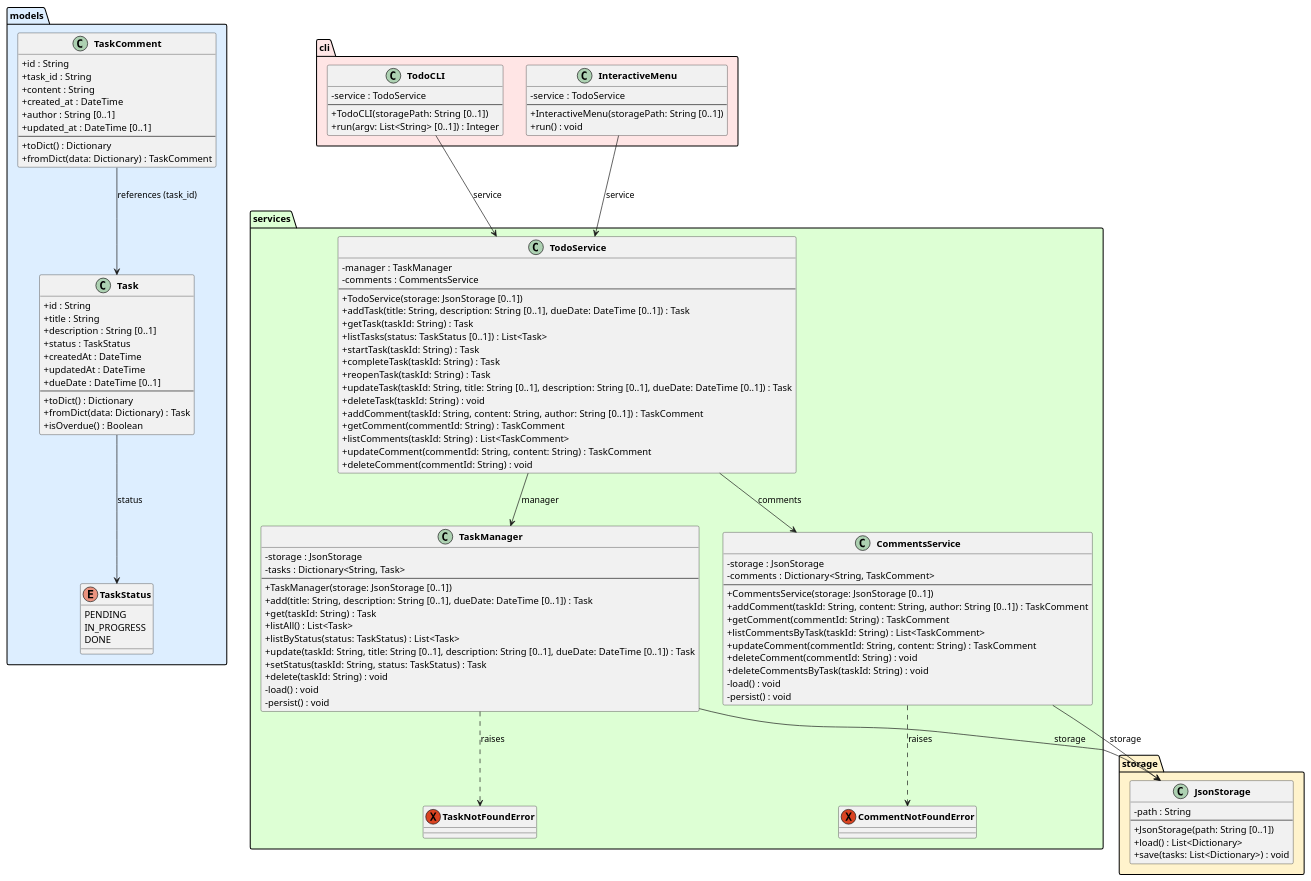
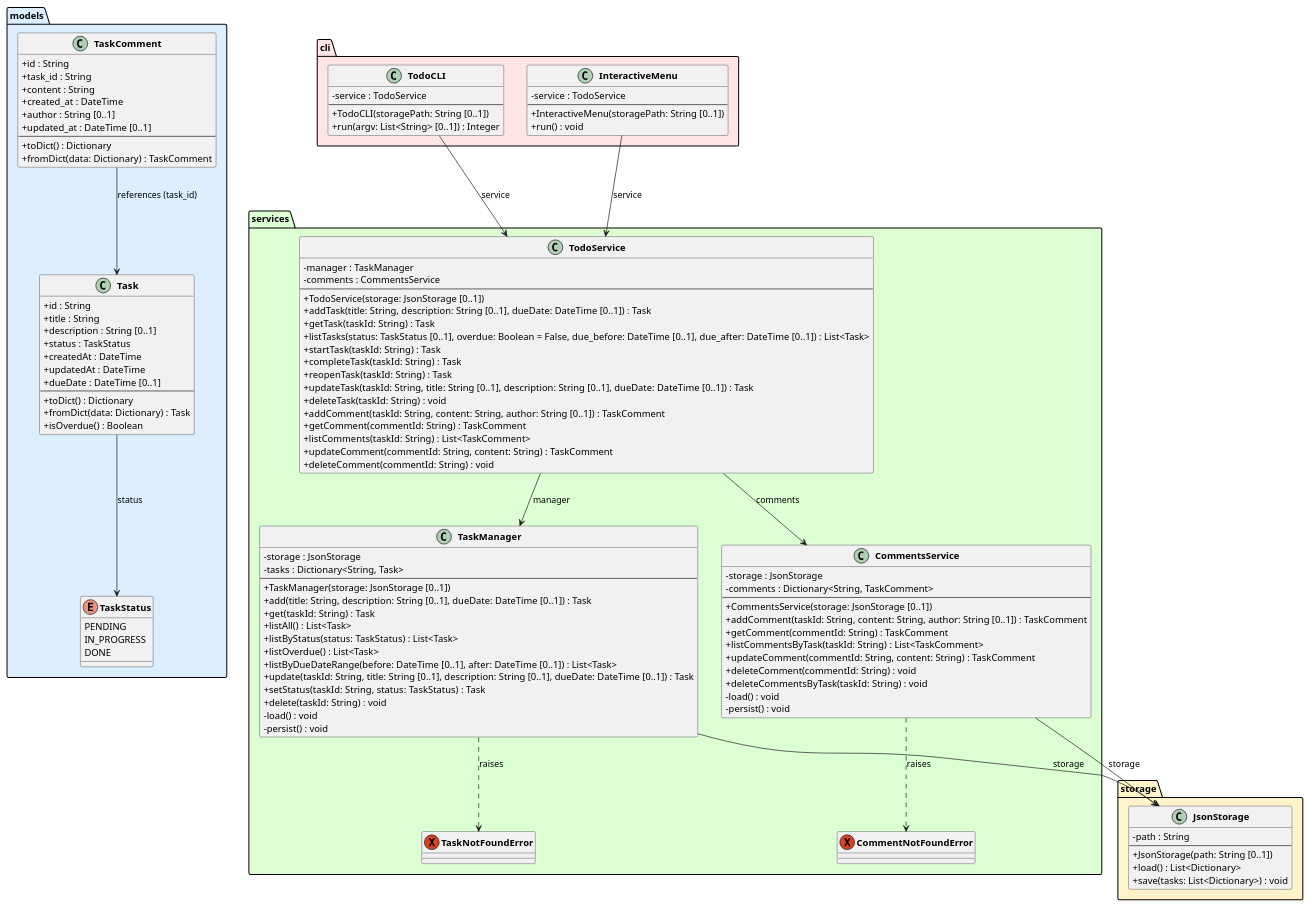
One commit to DanielRiha8906/Software_autoevolution_using_agents changed the diagram in experiments/broadcast/structured_text/TODO/artifacts/class_diagram.puml. Above: the diagram before and after it, drawn with PlantUML. The commit also changed 6 other files, not shown here.

First line of the commit message:
task 05 | Add due date and overdue filtering to task queries

```diff
--- a/experiments/broadcast/structured_text/TODO/artifacts/class_diagram.puml
+++ b/experiments/broadcast/structured_text/TODO/artifacts/class_diagram.puml
@@ -1,133 +1,135 @@
 @startuml class_diagram
 
 skinparam classAttributeIconSize 0
 skinparam classFontStyle bold
 
 package "models" #DDEEFF {
     enum TaskStatus {
         PENDING
         IN_PROGRESS
         DONE
     }
 
     class Task {
         +id : String
         +title : String
         +description : String [0..1]
         +status : TaskStatus
         +createdAt : DateTime
         +updatedAt : DateTime
         +dueDate : DateTime [0..1]
         --
         +toDict() : Dictionary
         +fromDict(data: Dictionary) : Task
         +isOverdue() : Boolean
     }
 
     class TaskComment {
         +id : String
         +task_id : String
         +content : String
         +created_at : DateTime
         +author : String [0..1]
         +updated_at : DateTime [0..1]
         --
         +toDict() : Dictionary
         +fromDict(data: Dictionary) : TaskComment
     }
 }
 
 package "storage" #FFF3CC {
     class JsonStorage {
         -path : String
         --
         +JsonStorage(path: String [0..1])
         +load() : List<Dictionary>
         +save(tasks: List<Dictionary>) : void
     }
 }
 
 package "services" #DDFFD4 {
     exception TaskNotFoundError
     exception CommentNotFoundError
 
     class TaskManager {
         -storage : JsonStorage
         -tasks : Dictionary<String, Task>
         --
         +TaskManager(storage: JsonStorage [0..1])
         +add(title: String, description: String [0..1], dueDate: DateTime [0..1]) : Task
         +get(taskId: String) : Task
         +listAll() : List<Task>
         +listByStatus(status: TaskStatus) : List<Task>
+        +listOverdue() : List<Task>
+        +listByDueDateRange(before: DateTime [0..1], after: DateTime [0..1]) : List<Task>
         +update(taskId: String, title: String [0..1], description: String [0..1], dueDate: DateTime [0..1]) : Task
         +setStatus(taskId: String, status: TaskStatus) : Task
         +delete(taskId: String) : void
         -load() : void
         -persist() : void
     }
 
     class CommentsService {
         -storage : JsonStorage
         -comments : Dictionary<String, TaskComment>
         --
         +CommentsService(storage: JsonStorage [0..1])
         +addComment(taskId: String, content: String, author: String [0..1]) : TaskComment
         +getComment(commentId: String) : TaskComment
         +listCommentsByTask(taskId: String) : List<TaskComment>
         +updateComment(commentId: String, content: String) : TaskComment
         +deleteComment(commentId: String) : void
         +deleteCommentsByTask(taskId: String) : void
         -load() : void
         -persist() : void
     }
 
     class TodoService {
         -manager : TaskManager
         -comments : CommentsService
         --
         +TodoService(storage: JsonStorage [0..1])
         +addTask(title: String, description: String [0..1], dueDate: DateTime [0..1]) : Task
         +getTask(taskId: String) : Task
-        +listTasks(status: TaskStatus [0..1]) : List<Task>
+        +listTasks(status: TaskStatus [0..1], overdue: Boolean = False, due_before: DateTime [0..1], due_after: DateTime [0..1]) : List<Task>
         +startTask(taskId: String) : Task
         +completeTask(taskId: String) : Task
         +reopenTask(taskId: String) : Task
         +updateTask(taskId: String, title: String [0..1], description: String [0..1], dueDate: DateTime [0..1]) : Task
         +deleteTask(taskId: String) : void
         +addComment(taskId: String, content: String, author: String [0..1]) : TaskComment
         +getComment(commentId: String) : TaskComment
         +listComments(taskId: String) : List<TaskComment>
         +updateComment(commentId: String, content: String) : TaskComment
         +deleteComment(commentId: String) : void
     }
 }
 
 package "cli" #FFE5E5 {
     class TodoCLI {
         -service : TodoService
         --
         +TodoCLI(storagePath: String [0..1])
         +run(argv: List<String> [0..1]) : Integer
     }
 
     class InteractiveMenu {
         -service : TodoService
         --
         +InteractiveMenu(storagePath: String [0..1])
         +run() : void
     }
 }
 
 Task --> TaskStatus : status
 TaskComment --> Task : references (task_id)
 TaskManager --> JsonStorage : storage
 TaskManager ..> TaskNotFoundError : raises
 CommentsService --> JsonStorage : storage
 CommentsService ..> CommentNotFoundError : raises
 TodoService --> TaskManager : manager
 TodoService --> CommentsService : comments
 TodoCLI --> TodoService : service
 InteractiveMenu --> TodoService : service
 
 @enduml
```
